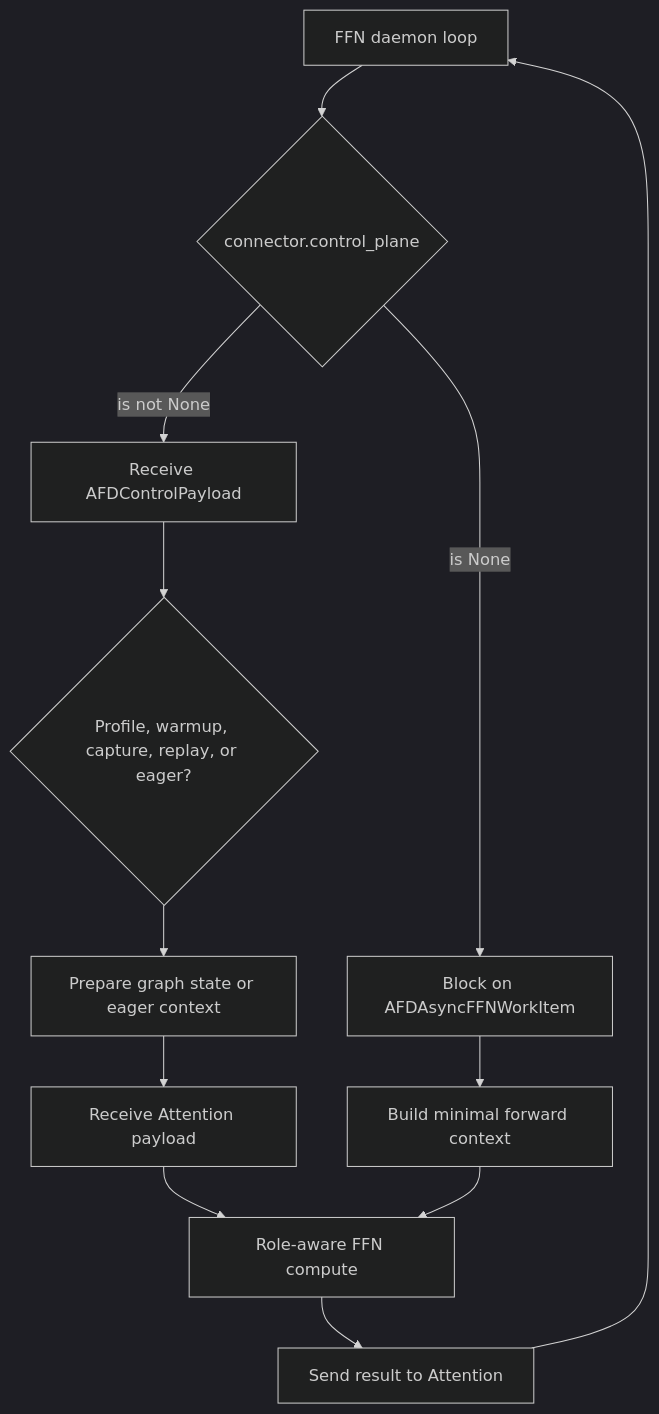
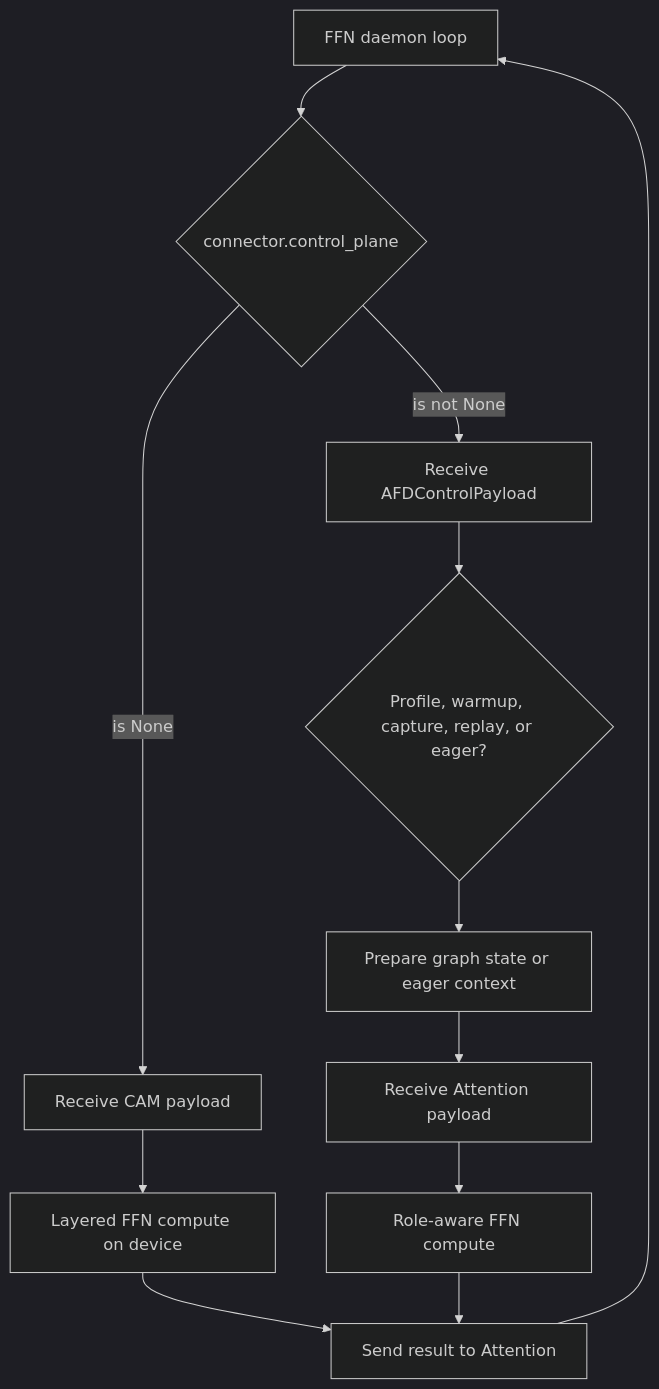
Before and after one commit to vllm-project/afd-plugin: the diagram in docs/design/module/ffn_runtime.md, drawn with Mermaid (dark theme). The commit also changed other lines of this file and 52 other files, not shown here.

Commit message:
refactor(npu): make layered GMM the only Async CAM path

````diff
--- a/docs/design/module/ffn_runtime.md
+++ b/docs/design/module/ffn_runtime.md
@@ -209,14 +209,14 @@
 ```mermaid
 flowchart TD
     START["FFN daemon loop"] --> CONTROL_PLANE{"connector.control_plane"}
     CONTROL_PLANE -->|is not None| CONTROL["Receive AFDControlPayload"]
     CONTROL --> FLAGS{"Profile, warmup, capture, replay, or eager?"}
     FLAGS --> GRAPH["Prepare graph state or eager context"]
     GRAPH --> RECEIVE["Receive Attention payload"]
-    CONTROL_PLANE -->|is None| WORK["Block on AFDAsyncFFNWorkItem"]
-    WORK --> CONTEXT["Build minimal forward context"]
+    CONTROL_PLANE -->|is None| WORK["Receive CAM payload"]
     RECEIVE --> COMPUTE["Role-aware FFN compute"]
-    CONTEXT --> COMPUTE
+    WORK --> LAYERED["Layered FFN compute on device"]
+    LAYERED --> SEND
     COMPUTE --> SEND["Send result to Attention"]
     SEND --> START
 ```
````
